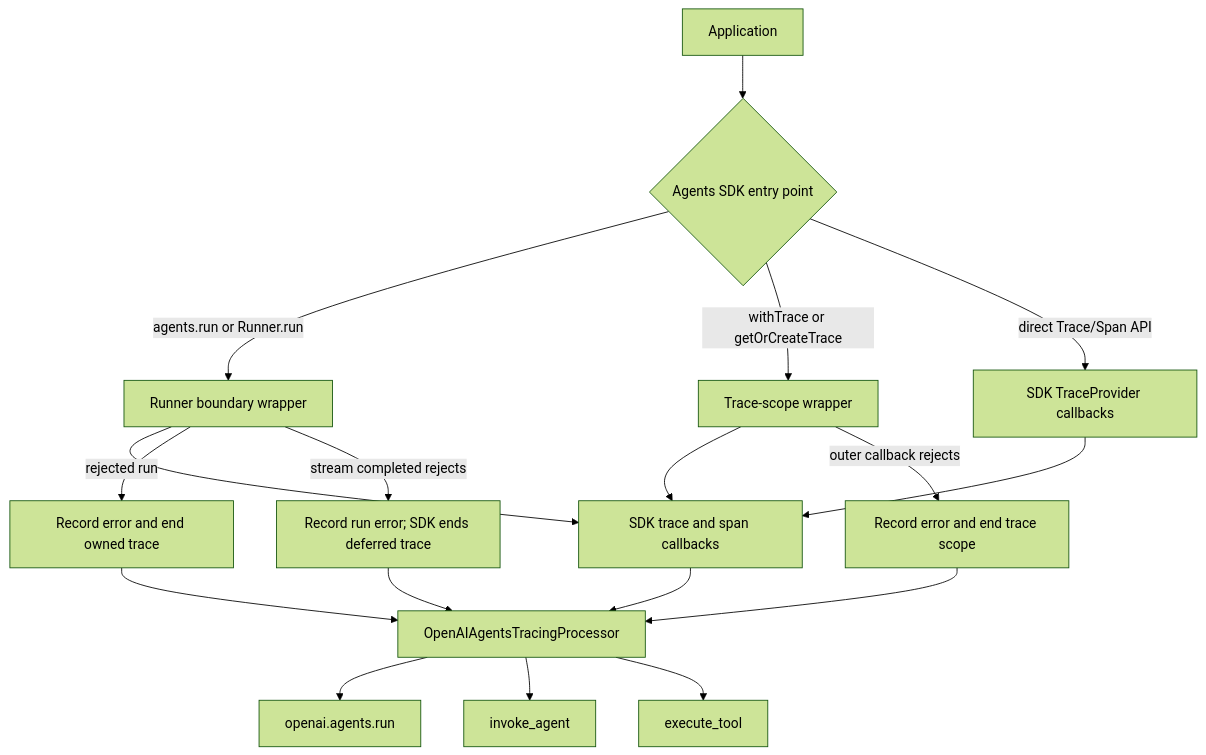
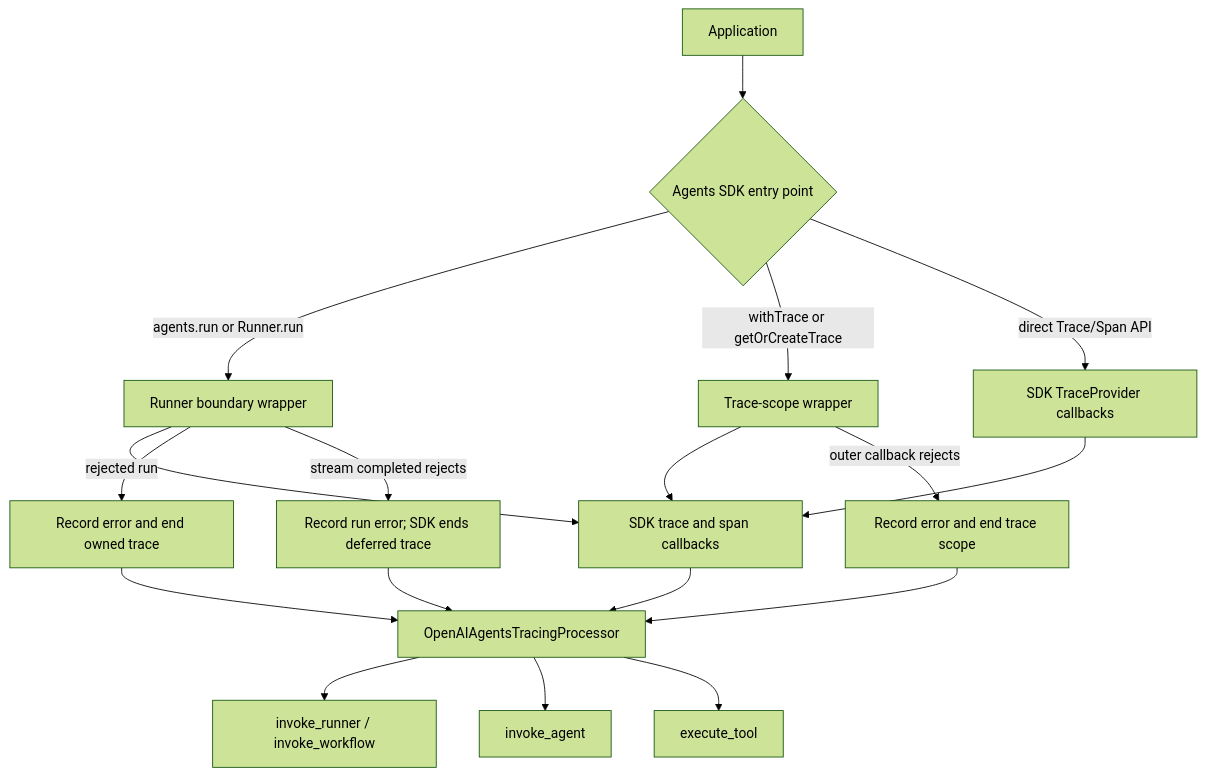
The diagram in packages/instrumentation-openai-agents/README.md (open-telemetry/opentelemetry-js-contrib), drawn with Mermaid (forest theme) before and after one commit. The commit also changed other lines of this file and 18 other files, not shown here.

Commit message:
feat(instrumentation-openai-agents): migrate to @opentelemetry/genai-util TelemetryHandler

````diff
--- a/packages/instrumentation-openai-agents/README.md
+++ b/packages/instrumentation-openai-agents/README.md
@@ -82,20 +82,20 @@
 ```mermaid
 flowchart TD
   A[Application] --> B{Agents SDK entry point}
   B -->|agents.run or Runner.run| C[Runner boundary wrapper]
   B -->|withTrace or getOrCreateTrace| D[Trace-scope wrapper]
   B -->|direct Trace/Span API| E[SDK TraceProvider callbacks]
   C --> F[SDK trace and span callbacks]
   D --> F
   E --> F
   F --> G[OpenAIAgentsTracingProcessor]
-  G --> H[openai.agents.run]
+  G --> H[invoke_runner / invoke_workflow]
   G --> I[invoke_agent]
   G --> J[execute_tool]
   C -->|rejected run| K[Record error and end owned trace]
   C -->|stream completed rejects| L[Record run error; SDK ends deferred trace]
   D -->|outer callback rejects| M[Record error and end trace scope]
   K --> G
   L --> G
   M --> G
 ```
````
